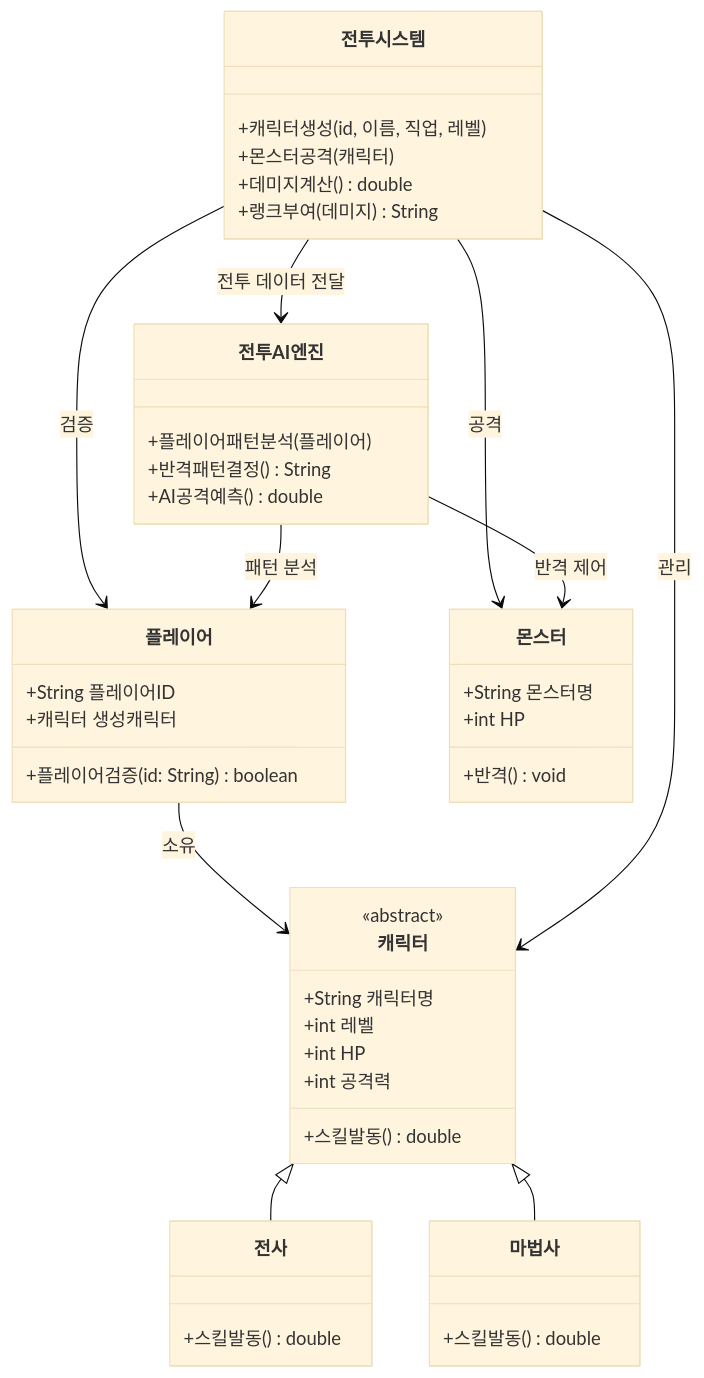
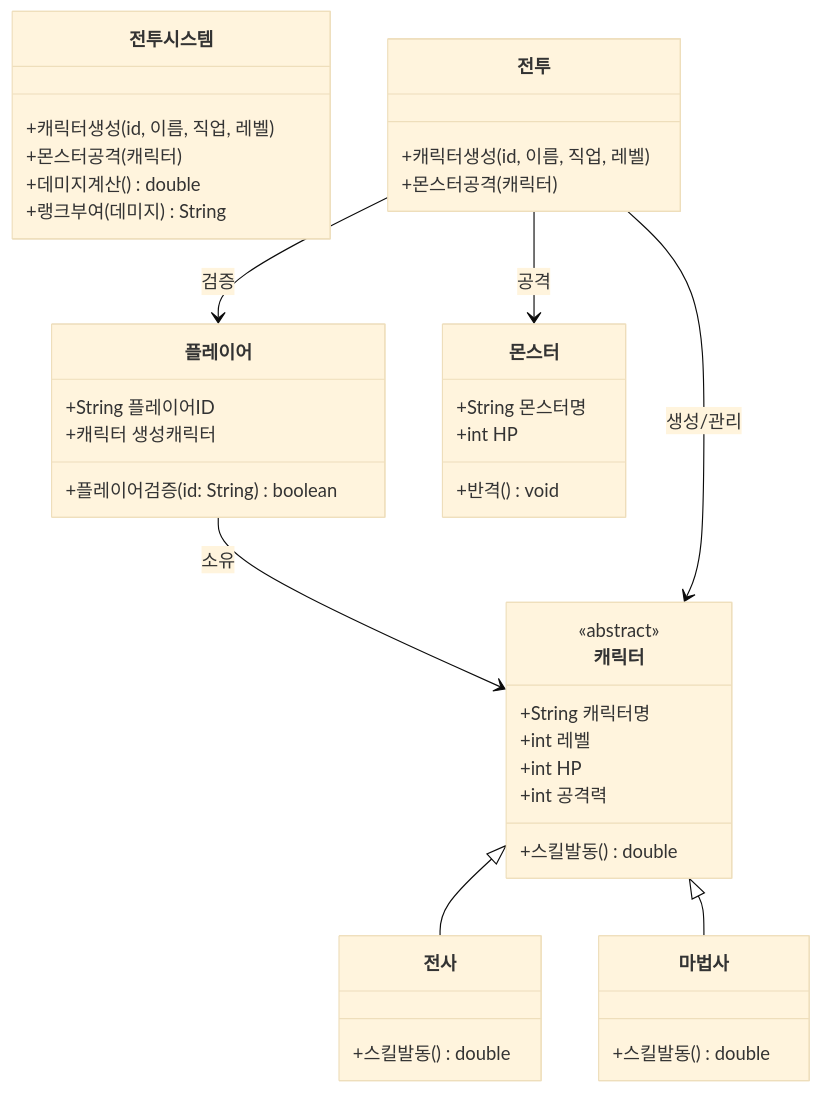
Before and after one commit to Soobin-Choi22/DnF_Battle_C_03: the diagram in ClassDiaram.md, drawn with Mermaid (base theme).

Commit message:
fix: 전투

````diff
--- a/ClassDiaram.md
+++ b/ClassDiaram.md
@@ -3,60 +3,54 @@
 ```mermaid
 classDiagram
 
     class 플레이어 {
         +String 플레이어ID
         +캐릭터 생성캐릭터
         +플레이어검증(id: String) boolean
     }
 
     class 캐릭터 {
         <<abstract>>
         +String 캐릭터명
         +int 레벨
         +int HP
         +int 공격력
         +스킬발동() double
     }
 
     class 전사 {
         +스킬발동() double
     }
 
     class 마법사 {
         +스킬발동() double
     }
 
     class 전투시스템 {
         +캐릭터생성(id, 이름, 직업, 레벨)
         +몬스터공격(캐릭터)
         +데미지계산() double
         +랭크부여(데미지) String
     }
 
-    class 전투AI엔진 {
-        +플레이어패턴분석(플레이어)
-        +반격패턴결정() String
-        +AI공격예측() double
+     class 전투 {
+        +캐릭터생성(id, 이름, 직업, 레벨)
+        +몬스터공격(캐릭터)
     }
 
     class 몬스터 {
         +String 몬스터명
         +int HP
         +반격() void
     }
 
     %% 상속 관계
     캐릭터 <|-- 전사
     캐릭터 <|-- 마법사
 
     %% 연관 관계
     플레이어 --> 캐릭터 : 소유
-    전투시스템 --> 플레이어 : 검증
-    전투시스템 --> 캐릭터 : 관리
-    전투시스템 --> 몬스터 : 공격
-
-    %% AI 연동
-    전투시스템 --> 전투AI엔진 : 전투 데이터 전달
-    전투AI엔진 --> 플레이어 : 패턴 분석
-    전투AI엔진 --> 몬스터 : 반격 제어
+     전투 --> 플레이어 : 검증
+    전투 --> 캐릭터 : 생성/관리
+    전투 --> 몬스터 : 공격
 ```
````
